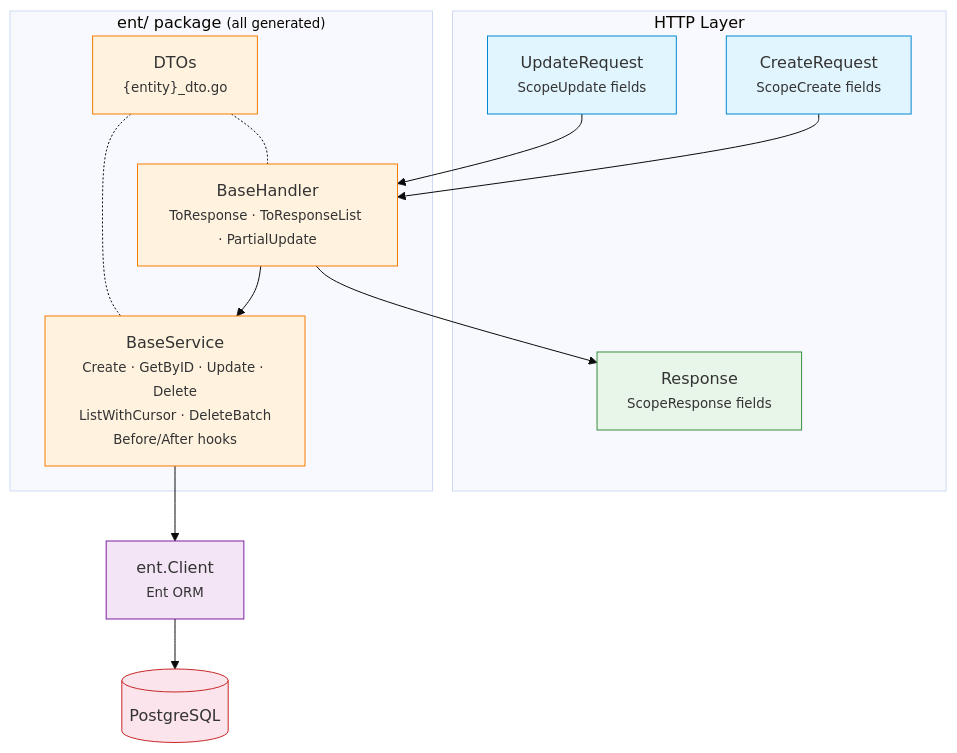
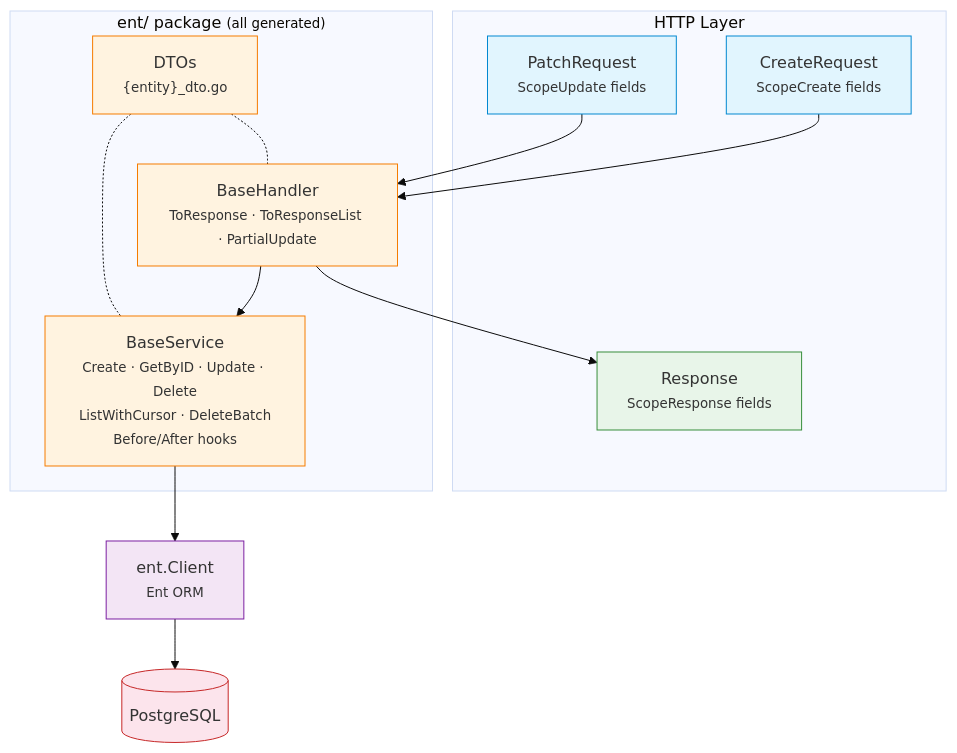
One commit to githonllc/entapi changed the diagram in README.md. Above: the diagram before and after it, drawn with Mermaid (base theme). The commit also changed other lines of this file and 49 other files, not shown here.

````diff
--- a/README.md
+++ b/README.md
@@ -409,35 +410,35 @@
 ```mermaid
 graph TD
     subgraph "HTTP Layer"
         CR["CreateRequest<br/><small>ScopeCreate fields</small>"]
-        UR["UpdateRequest<br/><small>ScopeUpdate fields</small>"]
+        UR["PatchRequest<br/><small>ScopeUpdate fields</small>"]
         RS["Response<br/><small>ScopeResponse fields</small>"]
     end
 
     subgraph "ent/ package <small>(all generated)</small>"
         BH["BaseHandler<br/><small>ToResponse · ToResponseList · PartialUpdate</small>"]
         BS["BaseService<br/><small>Create · GetByID · Update · Delete<br/>ListWithCursor · DeleteBatch<br/>Before/After hooks</small>"]
         DTO["DTOs<br/><small>{entity}_dto.go</small>"]
     end
 
     EC["ent.Client<br/><small>Ent ORM</small>"]
     DB[("PostgreSQL")]
 
     CR --> BH
     UR --> BH
     BH --> RS
     BH --> BS
     BS --> EC
     EC --> DB
     DTO -.- BH
     DTO -.- BS
 
     style CR fill:#e1f5fe,stroke:#0288d1
     style UR fill:#e1f5fe,stroke:#0288d1
     style RS fill:#e8f5e9,stroke:#388e3c
     style BH fill:#fff3e0,stroke:#f57c00
     style BS fill:#fff3e0,stroke:#f57c00
     style DTO fill:#fff3e0,stroke:#f57c00
     style EC fill:#f3e5f5,stroke:#7b1fa2
     style DB fill:#fce4ec,stroke:#c62828
 ```
````
